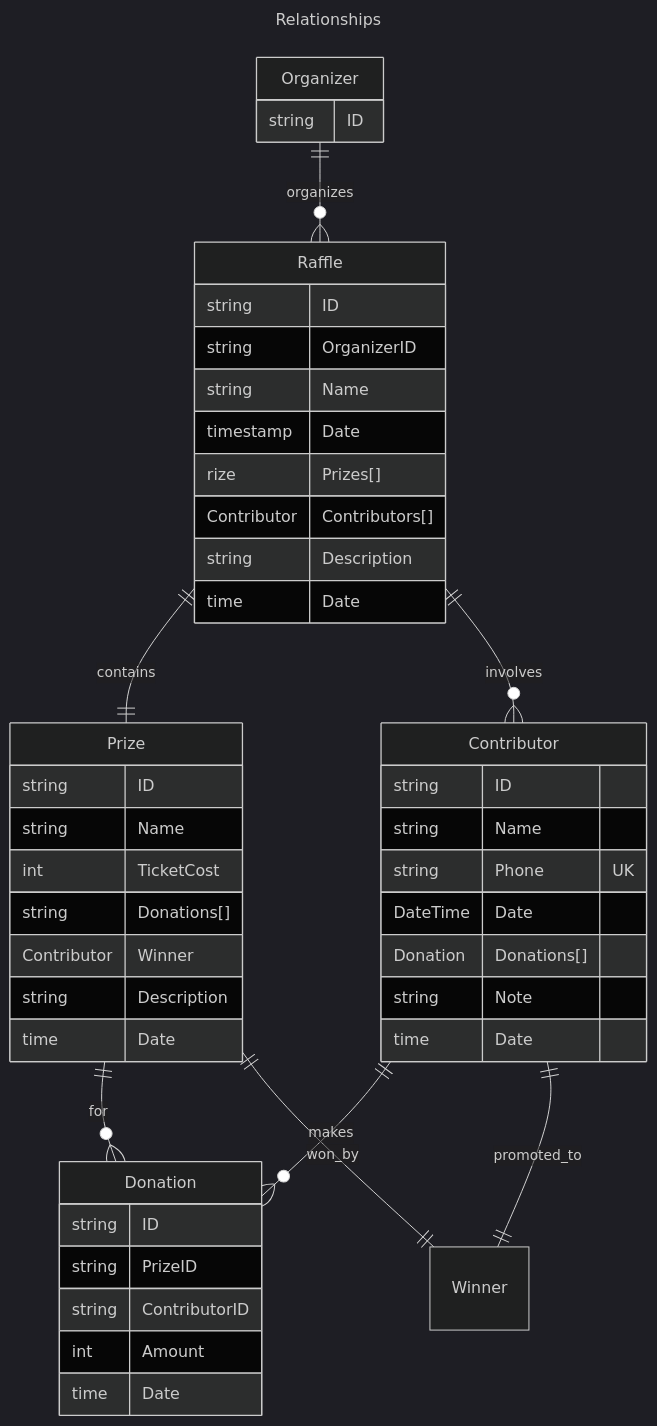
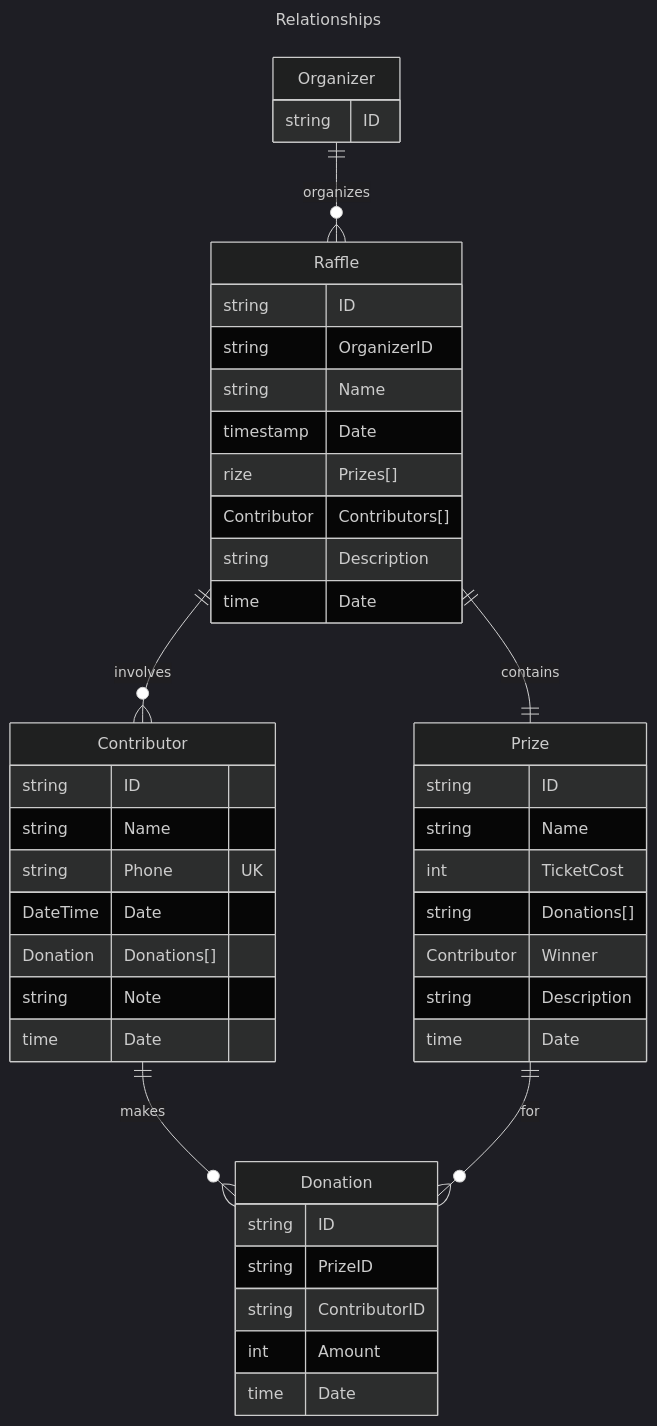
One commit to bluegophercult/yarmarok changed the second of 2 diagrams in README.md. Above: the diagram before and after it, drawn with Mermaid (dark theme).

Commit message:
fix: raffle to prize relation

````diff
--- a/README.md
+++ b/README.md
@@ -71,56 +71,54 @@
 ```mermaid
 ---
 title: Relationships
 ---
 erDiagram
     Organizer {
         string ID
     }
 
     Raffle {
         string ID
         string OrganizerID
         string Name
         timestamp Date
         rize Prizes[]
         Contributor Contributors[]
         string Description
         time Date
     }
 
     Prize {
         string ID
         string Name
         int TicketCost
         string Donations[]
         Contributor Winner
         string Description
         time Date
     }
 
     Contributor {
         string ID
         string Name
         string Phone UK
         DateTime Date
         Donation Donations[]
         string Note
         time Date
     }
 
     Donation {
         string ID
         string PrizeID
         string ContributorID
         int Amount
         time Date
     }
 
     Organizer ||--o{ Raffle: organizes
     Raffle ||--|| Prize: contains
     Raffle ||--o{ Contributor: involves
     Contributor ||--o{ Donation: makes
-    Prize ||--o{ Donation: for
-    Prize ||--|| Winner: won_by
-    Contributor ||--|| Winner: promoted_to
+    Prize ||--o{  Donation: for
 ```
````
